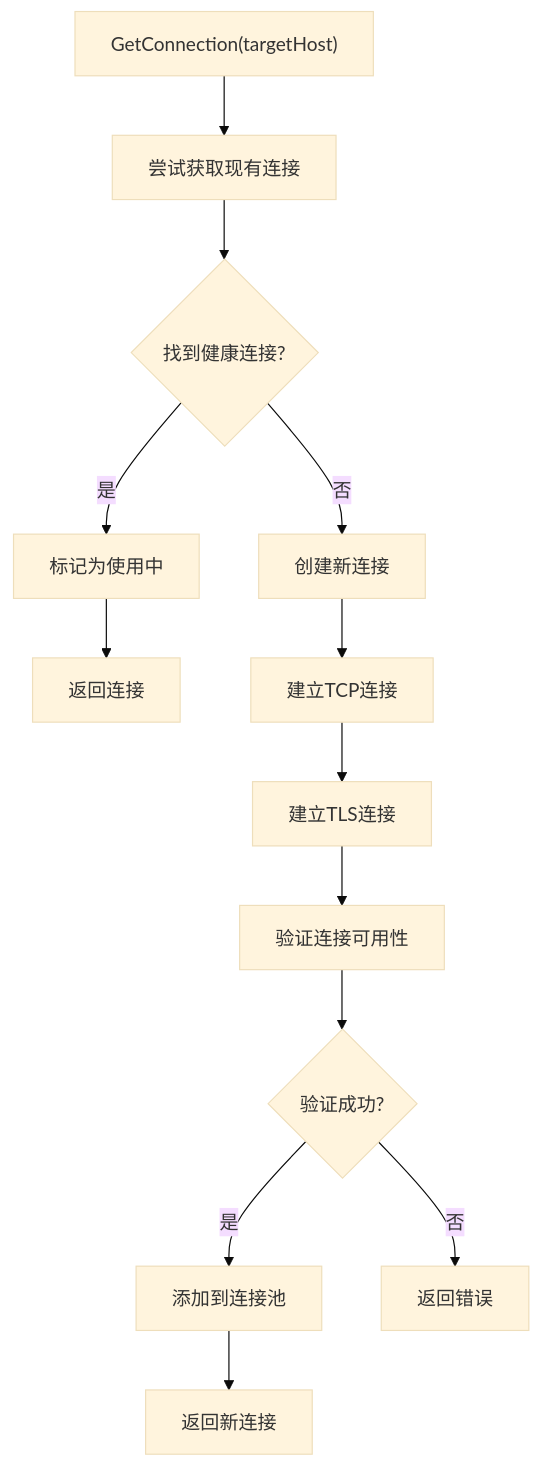
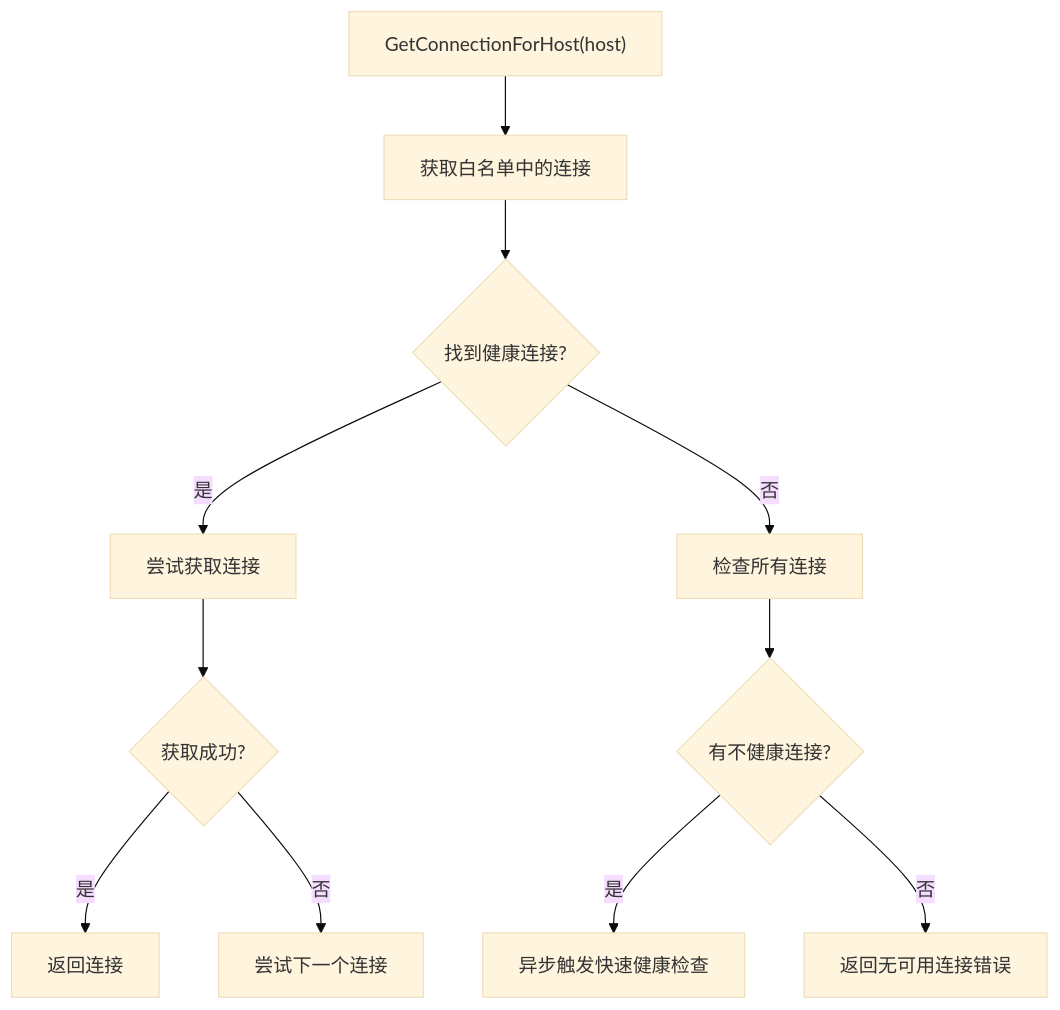
Before and after one commit to vistone/crawler-platform: the third of 6 diagrams in .qoder/repowiki/zh/content/API参考/UTLSHotConnPool API/UTLSHotConnPool API.md, drawn with Mermaid (base theme). The commit also changed other lines of this file and 40 other files, not shown here.

````diff
--- a/.qoder/repowiki/zh/content/API参考/UTLSHotConnPool API/UTLSHotConnPool API.md
+++ b/.qoder/repowiki/zh/content/API参考/UTLSHotConnPool API/UTLSHotConnPool API.md
@@ -198,15 +148,13 @@
 ```mermaid
 flowchart TD
-A["GetConnection(targetHost)"] --> B["尝试获取现有连接"]
+A["GetConnectionForHost(host)"] --> B["获取白名单中的连接"]
 B --> C{"找到健康连接?"}
-C --> |是| D["标记为使用中"]
-C --> |否| E["创建新连接"]
-D --> F["返回连接"]
-E --> G["建立TCP连接"]
-G --> H["建立TLS连接"]
-H --> I["验证连接可用性"]
-I --> J{"验证成功?"}
-J --> |是| K["添加到连接池"]
-J --> |否| L["返回错误"]
-K --> M["返回新连接"]
+C --> |是| D["尝试获取连接"]
+D --> E{"获取成功?"}
+E --> |是| F["返回连接"]
+E --> |否| G["尝试下一个连接"]
+C --> |否| H["检查所有连接"]
+H --> I{"有不健康连接?"}
+I --> |是| J["异步触发快速健康检查"]
+I --> |否| K["返回无可用连接错误"]
 ```
````
